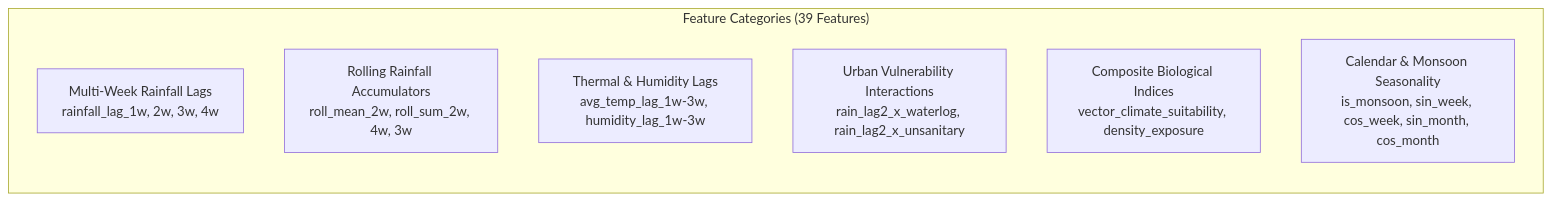
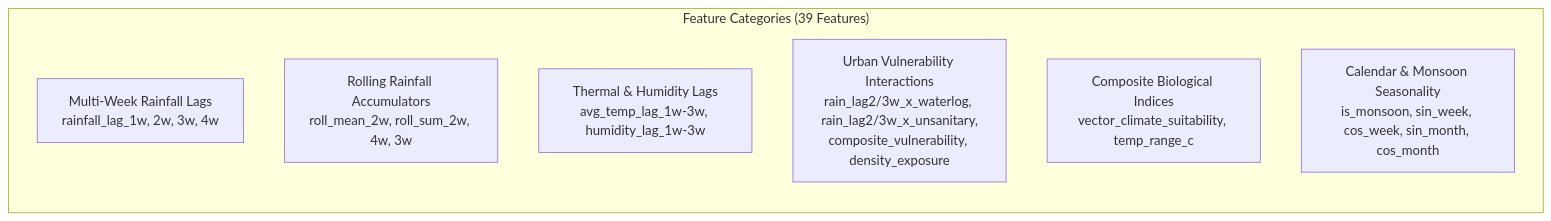
The third of 3 diagrams in ARCHITECTURE.md (AfrinSultanaTazkia/ADES-BIDAI), drawn with Mermaid before and after one commit. The commit also changed other lines of this file, not shown here.

Commit message:
Enhance and format Category 4 urban vulnerability interaction documentation

````diff
--- a/ARCHITECTURE.md
+++ b/ARCHITECTURE.md
@@ -233,12 +233,12 @@
 ```mermaid
 graph LR
     subgraph FC["Feature Categories (39 Features)"]
         direction TB
         F1["Multi-Week Rainfall Lags<br/>rainfall_lag_1w, 2w, 3w, 4w"]
         F2["Rolling Rainfall Accumulators<br/>roll_mean_2w, roll_sum_2w, 4w, 3w"]
         F3["Thermal & Humidity Lags<br/>avg_temp_lag_1w-3w, humidity_lag_1w-3w"]
-        F4["Urban Vulnerability Interactions<br/>rain_lag2_x_waterlog, rain_lag2_x_unsanitary"]
-        F5["Composite Biological Indices<br/>vector_climate_suitability, density_exposure"]
+        F4["Urban Vulnerability Interactions<br/>rain_lag2/3w_x_waterlog, rain_lag2/3w_x_unsanitary,<br/>composite_vulnerability, density_exposure"]
+        F5["Composite Biological Indices<br/>vector_climate_suitability, temp_range_c"]
         F6["Calendar & Monsoon Seasonality<br/>is_monsoon, sin_week, cos_week, sin_month, cos_month"]
     end
 ```
````
